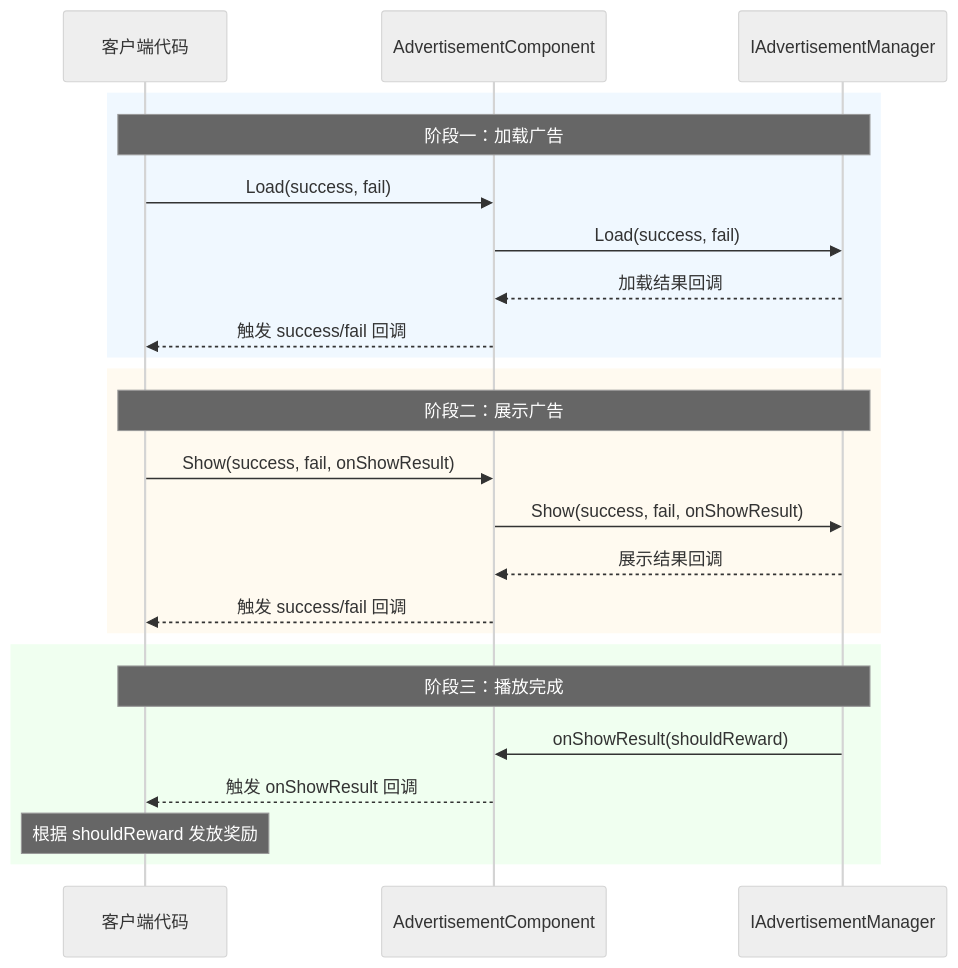
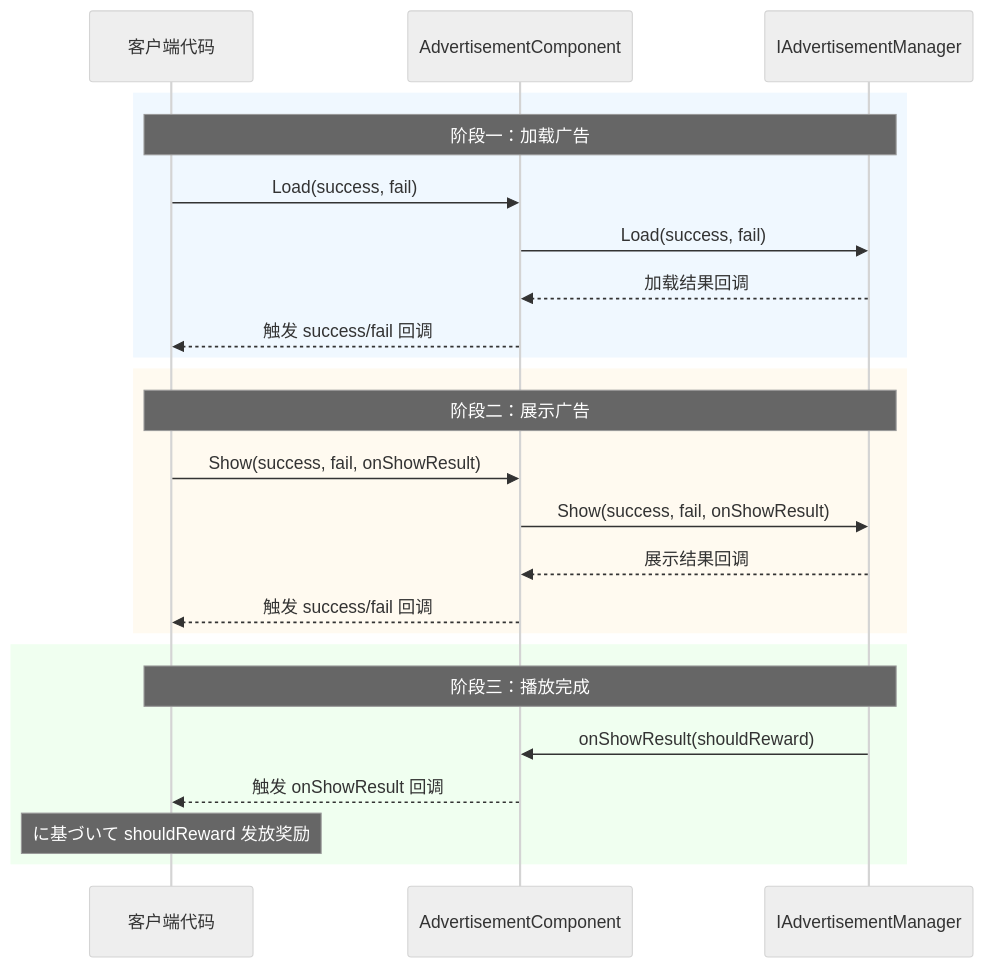
Before and after one commit to AlianBlank/GameFrameX.Docs: the second of 2 diagrams in docs/ja/client/unity/component/advertisement/06.api-reference.md, drawn with Mermaid (neutral theme). The commit also changed other lines of this file and 603 other files, not shown here.

````diff
--- a/docs/ja/client/unity/component/advertisement/06.api-reference.md
+++ b/docs/ja/client/unity/component/advertisement/06.api-reference.md
@@ -286,29 +286,29 @@
 ```mermaid
 sequenceDiagram
     participant Client as 客户端代码
     participant Component as AdvertisementComponent
     participant Manager as IAdvertisementManager
     
     rect rgb(240, 248, 255)
         Note over Client,Manager: 阶段一：加载广告
         Client->>Component: Load(success, fail)
         Component->>Manager: Load(success, fail)
         Manager-->>Component: 加载结果回调
         Component-->>Client: 触发 success/fail 回调
     end
     
     rect rgb(255, 250, 240)
         Note over Client,Manager: 阶段二：展示广告
         Client->>Component: Show(success, fail, onShowResult)
         Component->>Manager: Show(success, fail, onShowResult)
         Manager-->>Component: 展示结果回调
         Component-->>Client: 触发 success/fail 回调
     end
     
     rect rgb(240, 255, 240)
         Note over Client,Manager: 阶段三：播放完成
         Manager->>Component: onShowResult(shouldReward)
         Component-->>Client: 触发 onShowResult 回调
-        Note over Client: 根据 shouldReward 发放奖励
+        Note over Client: に基づいて shouldReward 发放奖励
     end
 ```
````
